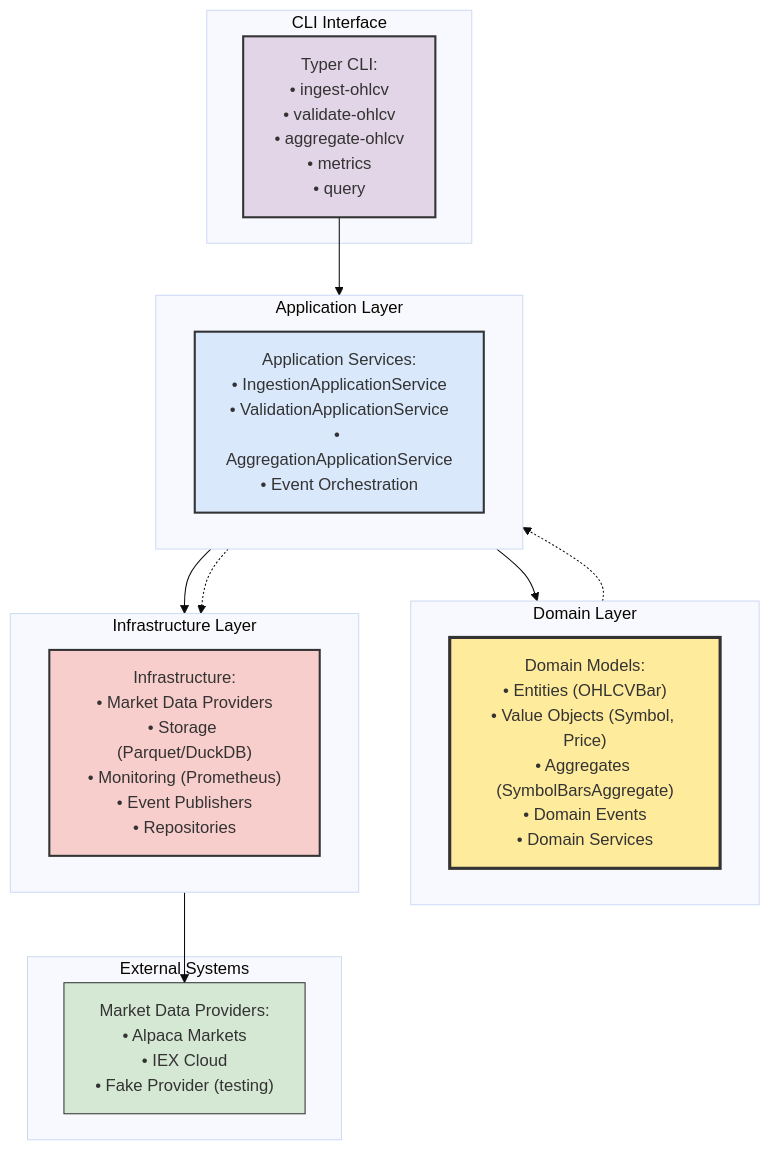
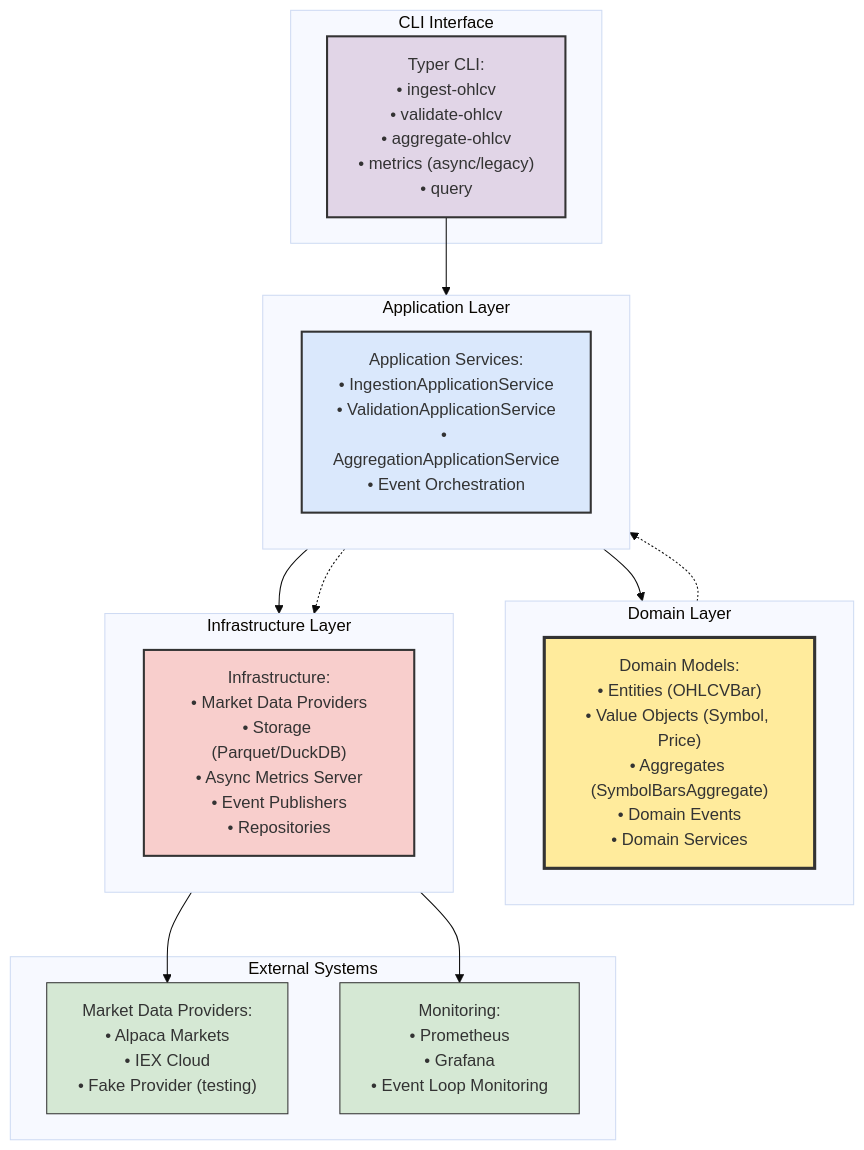
One commit to joeyda3rd/MarketPipe changed the diagram in README.md. Above: the diagram before and after it, drawn with Mermaid (base theme). The commit also changed other lines of this file and 23 other files, not shown here.

````diff
--- a/README.md
+++ b/README.md
@@ -16,45 +47,47 @@
 ```mermaid
 flowchart TD
     %% ---------- DDD Layers ----------
     subgraph "Domain Layer"
         direction LR
         DOM["Domain Models:<br/>• Entities (OHLCVBar)<br/>• Value Objects (Symbol, Price)<br/>• Aggregates (SymbolBarsAggregate)<br/>• Domain Events<br/>• Domain Services"]:::domain
     end
 
     subgraph "Application Layer"
         direction LR
         APP["Application Services:<br/>• IngestionApplicationService<br/>• ValidationApplicationService<br/>• AggregationApplicationService<br/>• Event Orchestration"]:::application
     end
 
     subgraph "Infrastructure Layer"
         direction LR
-        INFRA["Infrastructure:<br/>• Market Data Providers<br/>• Storage (Parquet/DuckDB)<br/>• Monitoring (Prometheus)<br/>• Event Publishers<br/>• Repositories"]:::infrastructure
+        INFRA["Infrastructure:<br/>• Market Data Providers<br/>• Storage (Parquet/DuckDB)<br/>• Async Metrics Server<br/>• Event Publishers<br/>• Repositories"]:::infrastructure
     end
 
     %% ---------- CLI Interface ----------
     subgraph "CLI Interface"
-        CLI["Typer CLI:<br/>• ingest-ohlcv<br/>• validate-ohlcv<br/>• aggregate-ohlcv<br/>• metrics<br/>• query"]:::cli
+        CLI["Typer CLI:<br/>• ingest-ohlcv<br/>• validate-ohlcv<br/>• aggregate-ohlcv<br/>• metrics (async/legacy)<br/>• query"]:::cli
     end
 
     %% ---------- External Systems ----------
     subgraph "External Systems"
         EXT["Market Data Providers:<br/>• Alpaca Markets<br/>• IEX Cloud<br/>• Fake Provider (testing)"]:::external
+        METRICS["Monitoring:<br/>• Prometheus<br/>• Grafana<br/>• Event Loop Monitoring"]:::external
     end
 
     %% ---------- Flow arrows ----------
     CLI --> APP
     APP --> DOM
     APP --> INFRA
     INFRA --> EXT
+    INFRA --> METRICS
     
     %% Event flow
     DOM -.-> APP
     APP -.-> INFRA
 
     %% ---------- Styles ----------
     classDef domain fill:#ffeb9c,stroke:#333,stroke-width:3px
     classDef application fill:#dae8fc,stroke:#333,stroke-width:2px
     classDef infrastructure fill:#f8cecc,stroke:#333,stroke-width:2px
     classDef cli fill:#e1d5e7,stroke:#333,stroke-width:2px
     classDef external fill:#d5e8d4,stroke:#333,stroke-width:1px
 ```
````
